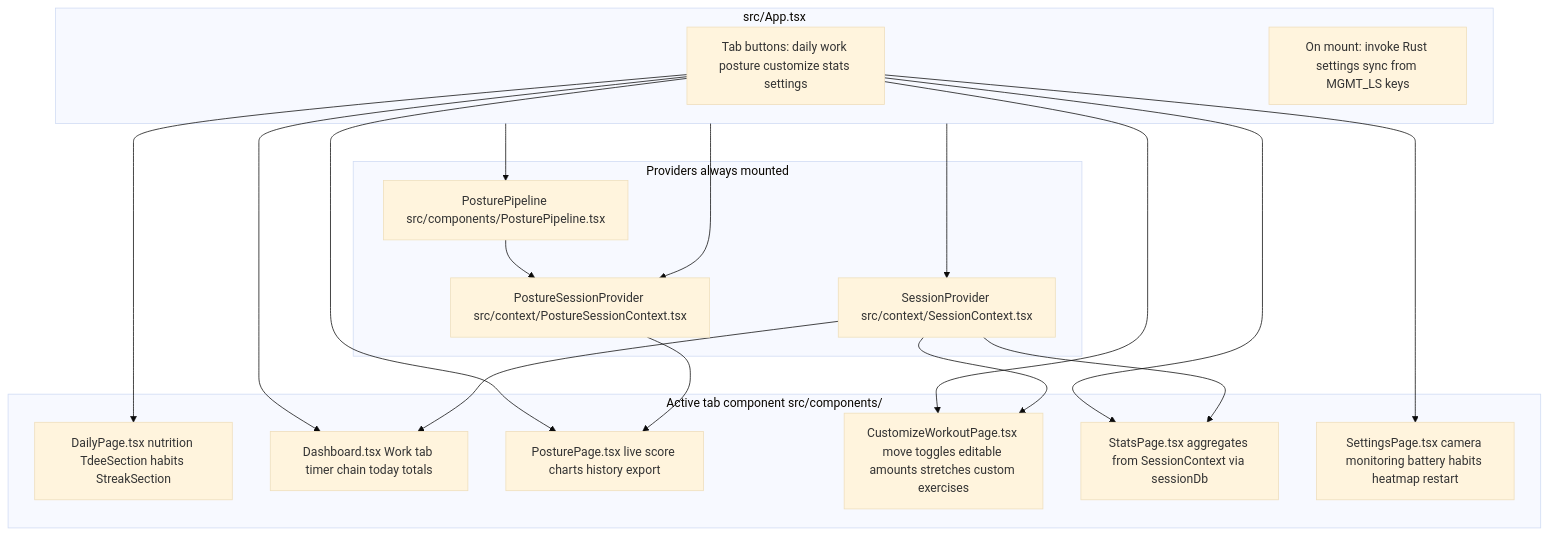
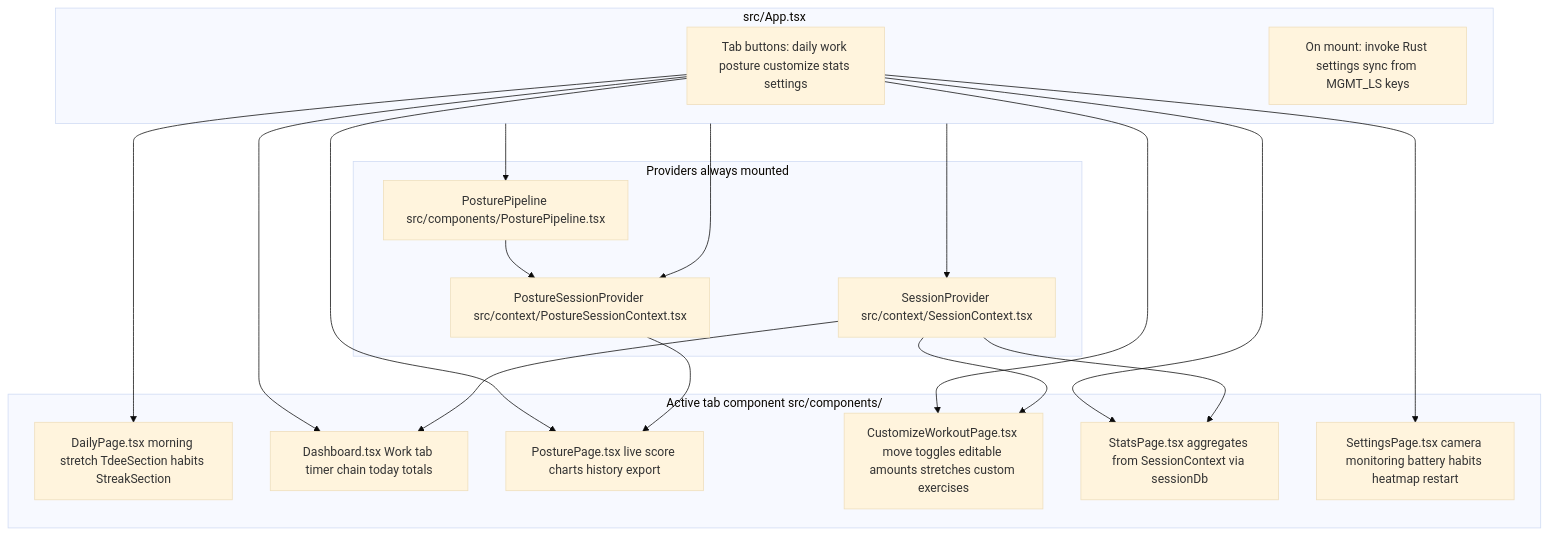
One commit to jdserenity/management changed the first of 3 diagrams in docs/ARCHITECTURE.md. Above: the diagram before and after it, drawn with Mermaid (base theme). The commit also changed other lines of this file and 3 other files, not shown here.

Commit message:
Put morning stretch on the Daily tab so wake-up routines stay separate from Work.

````diff
--- a/docs/ARCHITECTURE.md
+++ b/docs/ARCHITECTURE.md
@@ -62,34 +63,34 @@
 ```mermaid
 flowchart TB
   subgraph app["src/App.tsx"]
     nav["Tab buttons: daily work posture customize stats settings"]
     boot["On mount: invoke Rust settings sync from MGMT_LS keys"]
   end
   subgraph providers["Providers always mounted"]
     SP["SessionProvider src/context/SessionContext.tsx"]
     PSP["PostureSessionProvider src/context/PostureSessionContext.tsx"]
     PL["PosturePipeline src/components/PosturePipeline.tsx"]
   end
   subgraph tabs["Active tab component src/components/"]
-    Daily["DailyPage.tsx nutrition TdeeSection habits StreakSection"]
+    Daily["DailyPage.tsx morning stretch TdeeSection habits StreakSection"]
     D["Dashboard.tsx Work tab timer chain today totals"]
     PPg["PosturePage.tsx live score charts history export"]
     CW["CustomizeWorkoutPage.tsx move toggles editable amounts stretches custom exercises"]
     ST["StatsPage.tsx aggregates from SessionContext via sessionDb"]
     SE["SettingsPage.tsx camera monitoring battery habits heatmap restart"]
   end
   nav --> Daily
   nav --> D
   nav --> PPg
   nav --> CW
   nav --> ST
   nav --> SE
   app --> SP
   app --> PSP
   app --> PL
   SP --> D
   SP --> CW
   SP --> ST
   PSP --> PPg
   PL --> PSP
 ```
````
